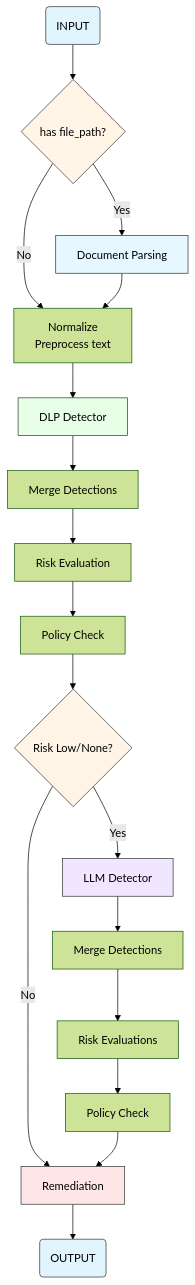
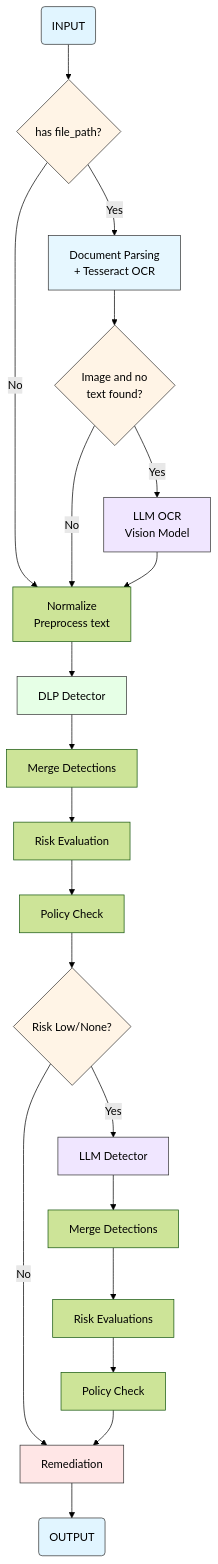
Before and after one commit to xHugo21/sensitive-data-detector: the diagram in multiagent-firewall/README.md, drawn with Mermaid (forest theme). The commit also changed other lines of this file and 7 other files, not shown here.

Commit message:
feat: add llm ocr node as fallback to tesseract

````diff
--- a/multiagent-firewall/README.md
+++ b/multiagent-firewall/README.md
@@ -9,37 +9,43 @@
 ```mermaid
 flowchart TD
     Start(INPUT) --> HasFile{has file_path?}
     
-    HasFile -->|Yes| Document[Document Parsing]
+    HasFile -->|Yes| Document[Document Parsing<br/>+ Tesseract OCR]
     HasFile -->|No| Normalize[Normalize<br/>Preprocess text]
     
-    Document --> Normalize
+    Document --> NeedsLLMOCR{Image and no<br/>text found?}
+    NeedsLLMOCR -->|Yes| LLMOCR[LLM OCR<br/>Vision Model]
+    NeedsLLMOCR -->|No| Normalize
+    
+    LLMOCR --> Normalize
     Normalize --> DLP[DLP Detector]
     
     DLP --> MergeDLP[Merge Detections]
     MergeDLP --> RiskDLP[Risk Evaluation]
     RiskDLP --> PolicyDLP[Policy Check]
     
     PolicyDLP --> LowRisk{Risk Low/None?}
     
     LowRisk -->|Yes| LLM[LLM Detector]
     LowRisk -->|No| Remediation[Remediation]
     
     LLM --> MergeFinal[Merge Detections]
     MergeFinal --> RiskFinal[Risk Evaluations]
     RiskFinal --> PolicyFinal[Policy Check]
     
     PolicyFinal --> Remediation
     
     Remediation --> End(OUTPUT)
     
     style Start fill:#e1f5ff,stroke:#333,color:#000
     style End fill:#e1f5ff,stroke:#333,color:#000
     style HasFile fill:#fff4e6,stroke:#333,color:#000
+    style NeedsLLMOCR fill:#fff4e6,stroke:#333,color:#000
     style LowRisk fill:#fff4e6,stroke:#333,color:#000
     style Document fill:#e6f7ff,stroke:#333,color:#000
+    style LLMOCR fill:#f0e6ff,stroke:#333,color:#000
     style LLM fill:#f0e6ff,stroke:#333,color:#000
     style DLP fill:#e6ffe6,stroke:#333,color:#000
     style Remediation fill:#ffe6e6,stroke:#333,color:#000
 
 ```
````
